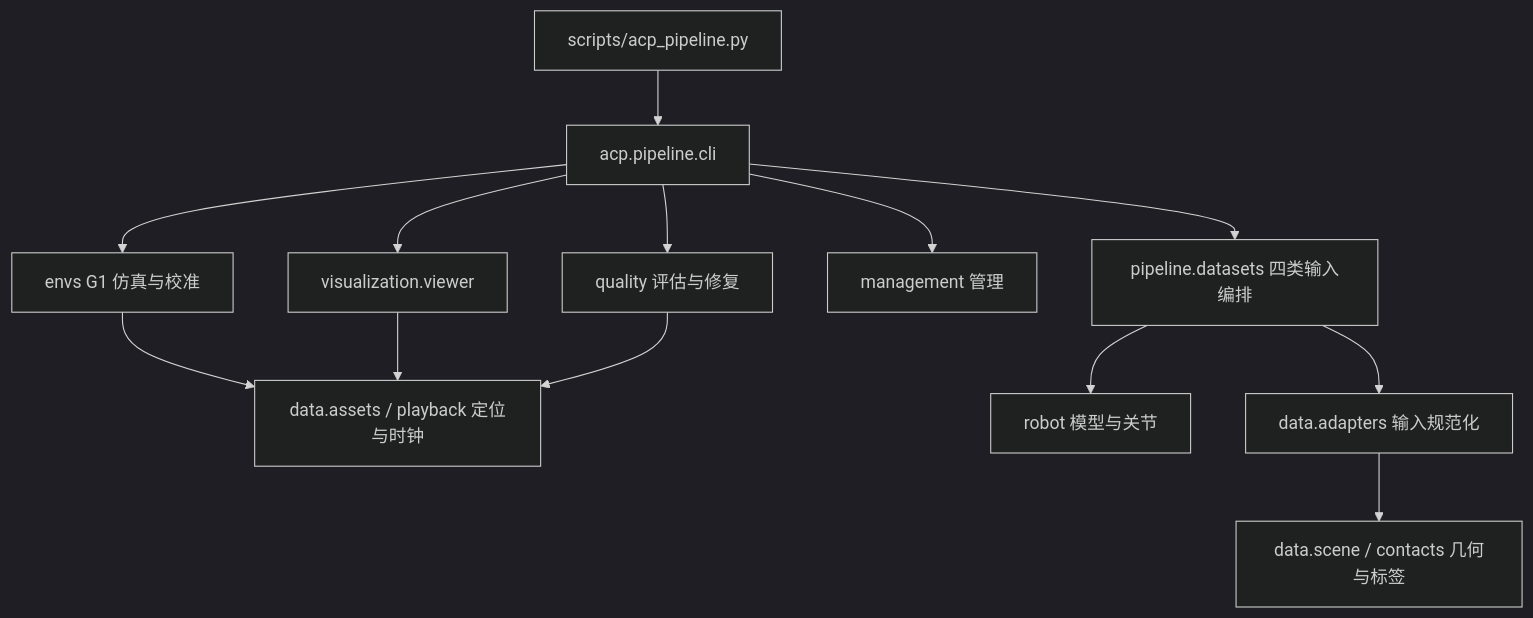
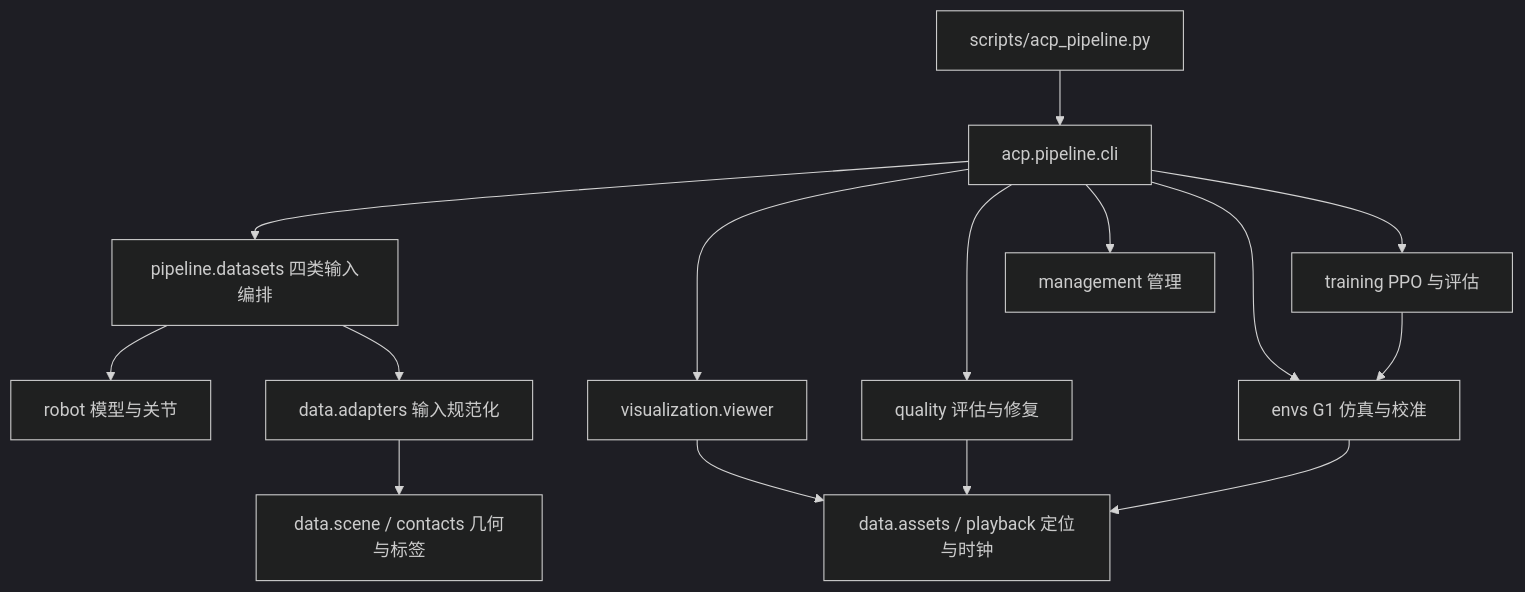
The diagram in docs/03_方法与规范/仓库文件与架构查询.md (luoyx123/ACP_repro), drawn with Mermaid (dark theme) before and after one commit. The commit also changed other lines of this file and 18 other files, not shown here.

````diff
--- a/docs/03_方法与规范/仓库文件与架构查询.md
+++ b/docs/03_方法与规范/仓库文件与架构查询.md
@@ -28,15 +29,17 @@
 ```mermaid
 flowchart TD
     CLI[scripts/acp_pipeline.py] --> P[acp.pipeline.cli]
     P --> D[pipeline.datasets 四类输入编排]
     P --> V[visualization.viewer]
     P --> Q[quality 评估与修复]
     P --> M[management 管理]
     P --> E[envs G1 仿真与校准]
+    P --> L[training PPO 与评估]
+    L --> E
     E --> S
     D --> R[robot 模型与关节]
     D --> A[data.adapters 输入规范化]
     A --> C[data.scene / contacts 几何与标签]
     V --> S[data.assets / playback 定位与时钟]
     Q --> S
 ```
````
